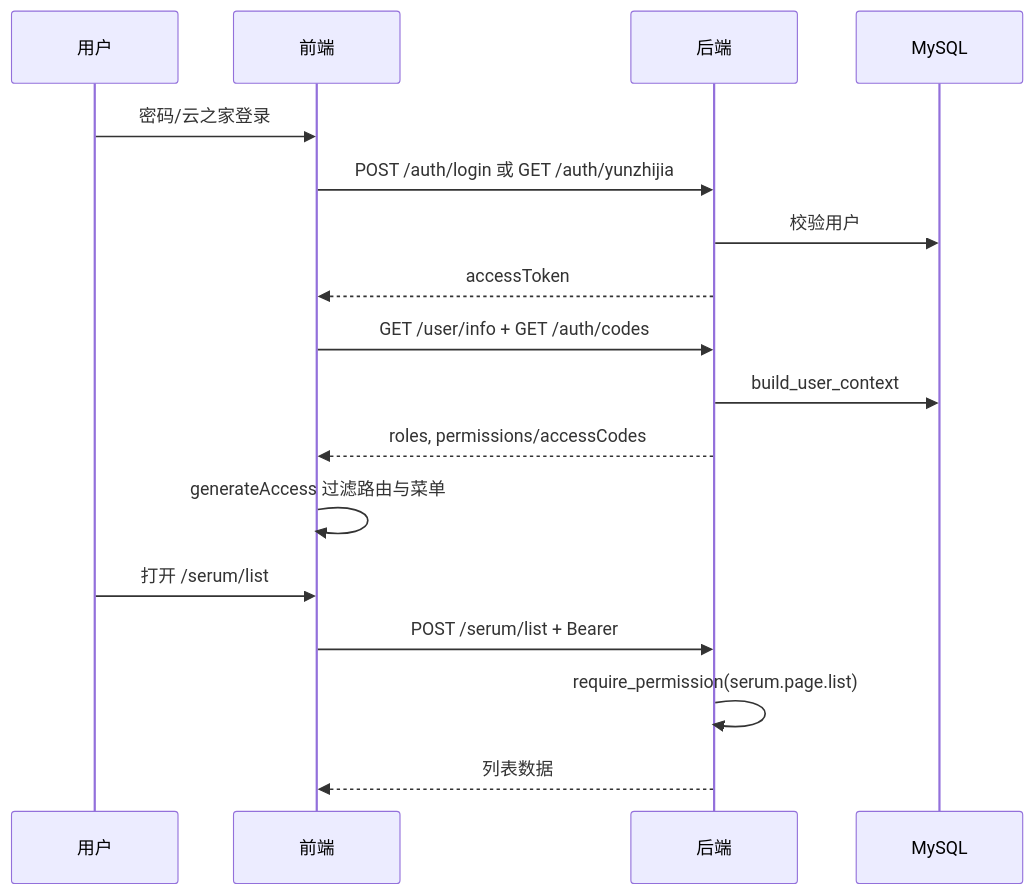
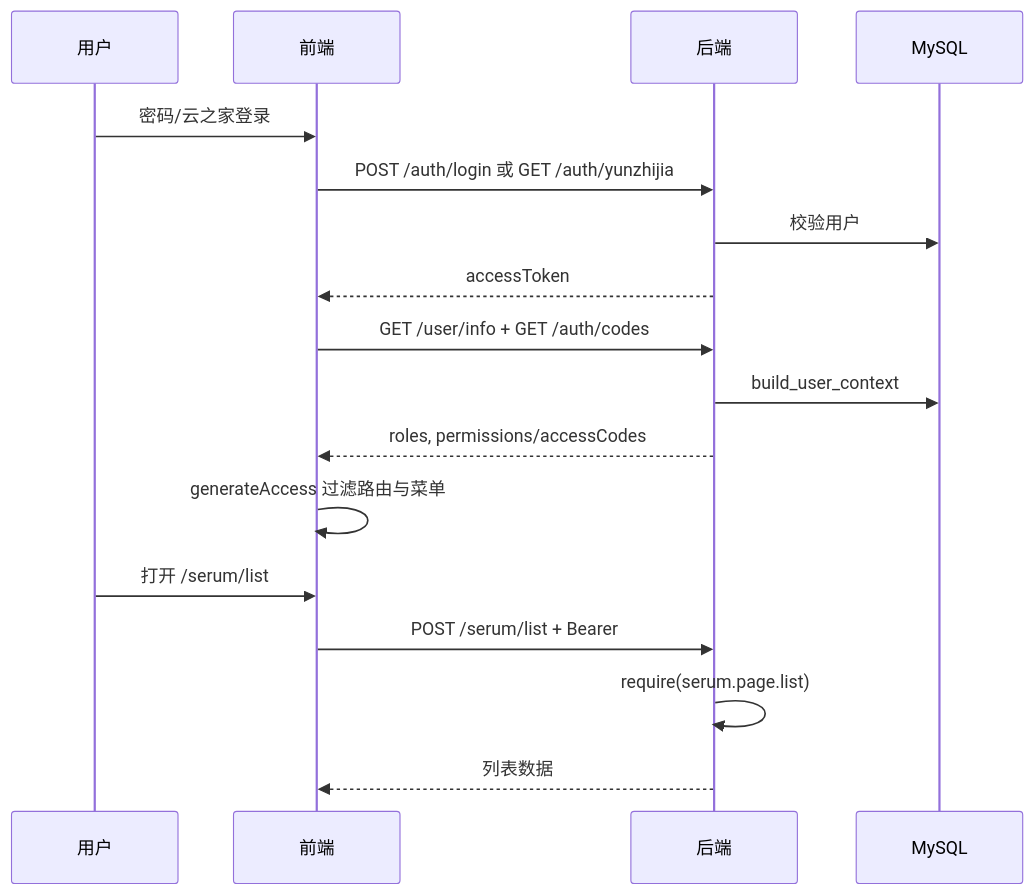
Before and after one commit to TianBa-SCP035/Antibody_Forge: the fourth of 4 diagrams in docs/auth-permissions.md, drawn with Mermaid. The commit also changed other lines of this file and 186 other files, not shown here.

````diff
--- a/docs/auth-permissions.md
+++ b/docs/auth-permissions.md
@@ -365,20 +369,20 @@
 ```mermaid
 sequenceDiagram
   participant U as 用户
   participant FE as 前端
   participant BE as 后端
   participant DB as MySQL
 
   U->>FE: 密码/云之家登录
   FE->>BE: POST /auth/login 或 GET /auth/yunzhijia
   BE->>DB: 校验用户
   BE-->>FE: accessToken
   FE->>BE: GET /user/info + GET /auth/codes
   BE->>DB: build_user_context
   BE-->>FE: roles, permissions/accessCodes
   FE->>FE: generateAccess 过滤路由与菜单
   U->>FE: 打开 /serum/list
   FE->>BE: POST /serum/list + Bearer
-  BE->>BE: require_permission(serum.page.list)
+  BE->>BE: require(serum.page.list)
   BE-->>FE: 列表数据
 ```
````
